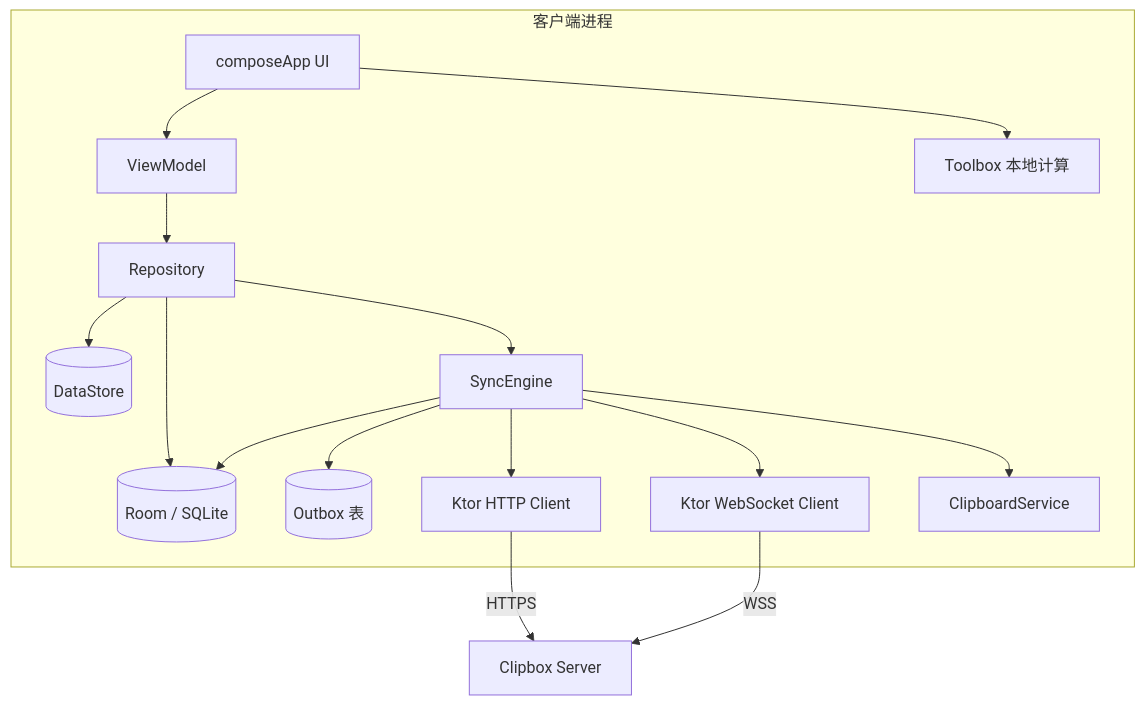
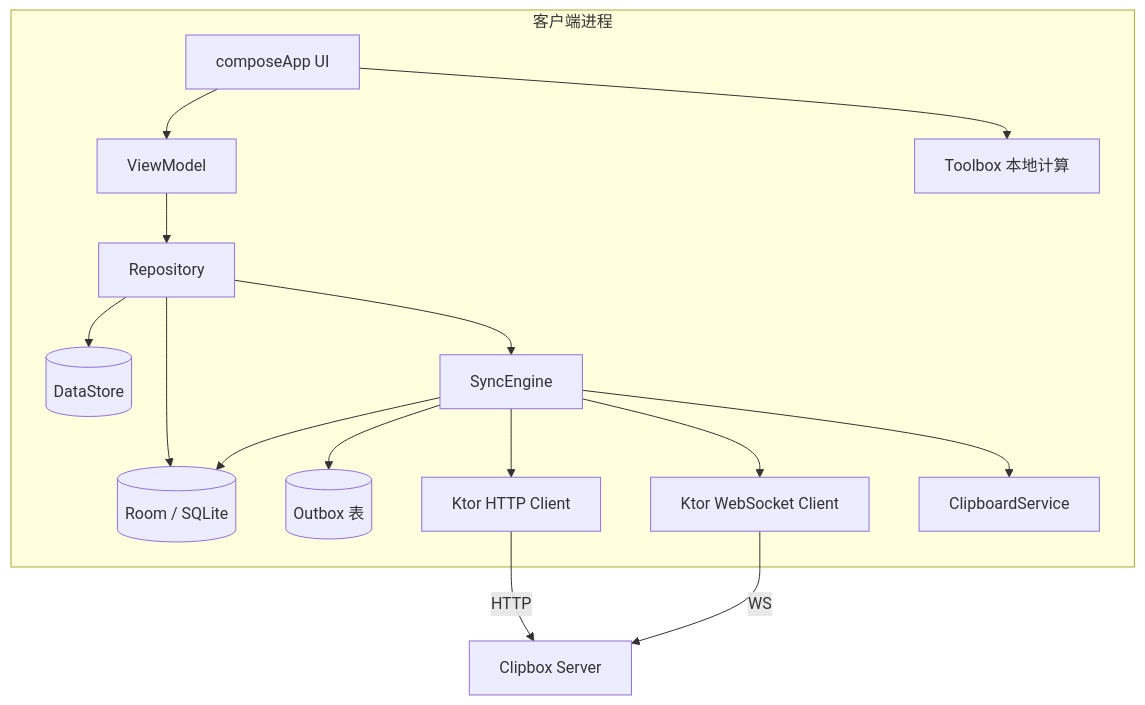
One commit to xingfengwxx/Clipbox changed the second of 13 diagrams in docs/客户端技术架构.md. Above: the diagram before and after it, drawn with Mermaid. The commit also changed other lines of this file and 15 other files, not shown here.

````diff
--- a/docs/客户端技术架构.md
+++ b/docs/客户端技术架构.md
@@ -68,30 +70,30 @@
 ```mermaid
 flowchart TB
     subgraph App[客户端进程]
         UI[composeApp UI]
         VM[ViewModel]
         Repo[Repository]
         Room[(Room / SQLite)]
         Prefs[(DataStore)]
         Sync[SyncEngine]
         Outbox[(Outbox 表)]
         Api[Ktor HTTP Client]
         Ws[Ktor WebSocket Client]
         Clipboard[ClipboardService]
         Toolbox[Toolbox 本地计算]
     end
 
     UI --> VM
     VM --> Repo
     Repo --> Room
     Repo --> Sync
     Repo --> Prefs
     Sync --> Outbox
     Sync --> Api
     Sync --> Ws
     Sync --> Room
     Sync --> Clipboard
     UI --> Toolbox
-    Api -->|HTTPS| Server[Clipbox Server]
-    Ws -->|WSS| Server
+    Api -->|HTTP| Server[Clipbox Server]
+    Ws -->|WS| Server
 ```
````
